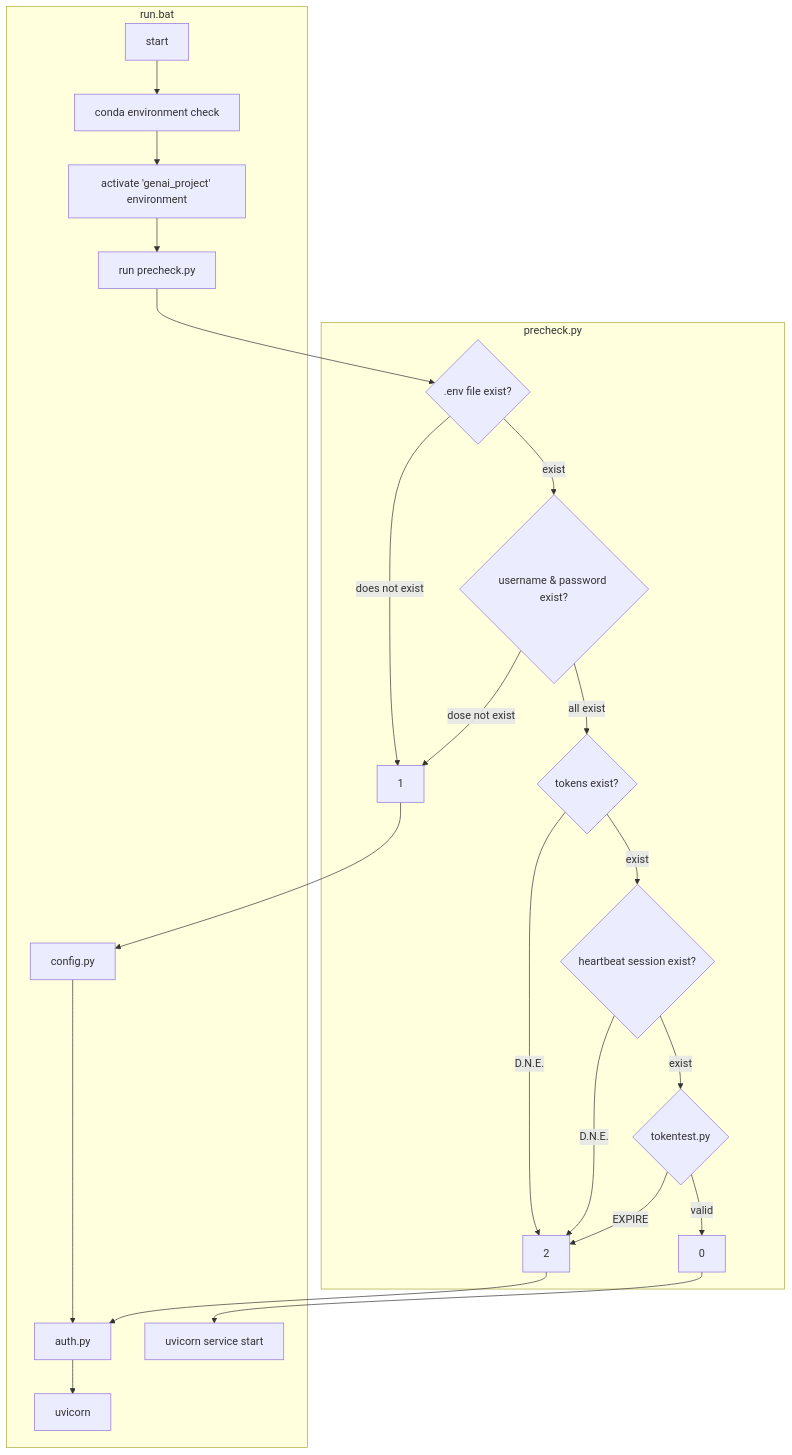
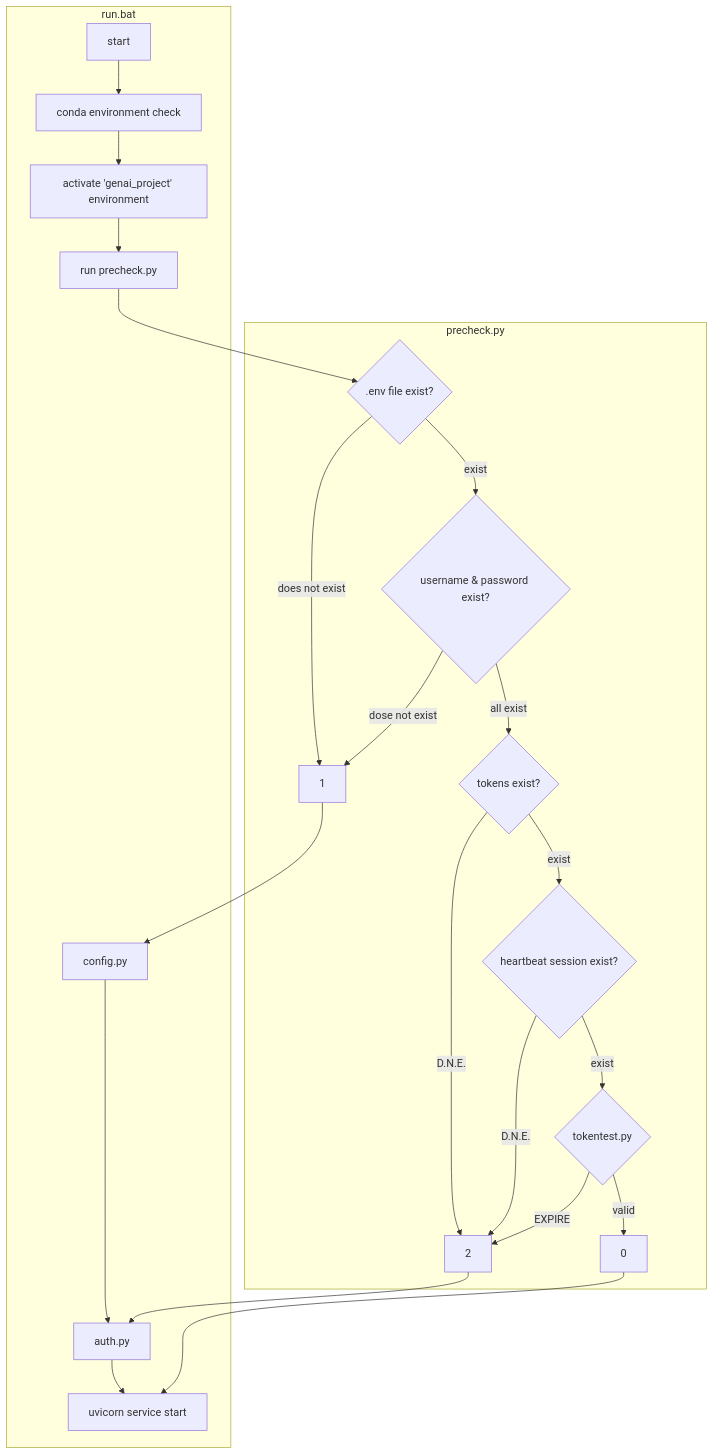
The diagram in README.md (sealeelike/XIPUAI-to-openAI-compatible-API), drawn with Mermaid before and after one commit.

````diff
--- a/README.md
+++ b/README.md
@@ -103,27 +103,27 @@
 ```mermaid
 graph TD
     subgraph precheck.py
         A{.env file exist?}
         A --exist--> D{username & password exist?}
         A --does not exist--> 1
 
         D --all exist--> F{tokens exist?}
         D --dose not exist--> 1
 
         F --D.N.E.--> 2
         F --exist--> H{heartbeat session exist?}
         H --exist--> I{tokentest.py}
         H --D.N.E.--> 2
 
 
         I --EXPIRE--> 2
         I --valid--> 0
     end
     subgraph run.bat
         a[start] --> b[conda environment check] --> c[activate 'genai_project' environment] --> d[run precheck.py] --> A
-        1 --> config.py --> auth.py --> uvicorn
+        1 --> config.py --> auth.py --> e[uvicorn service start]
         2 --> auth.py
-        0 --> e[uvicorn service start]
+        0 --> e
     end
 
 ```
````
